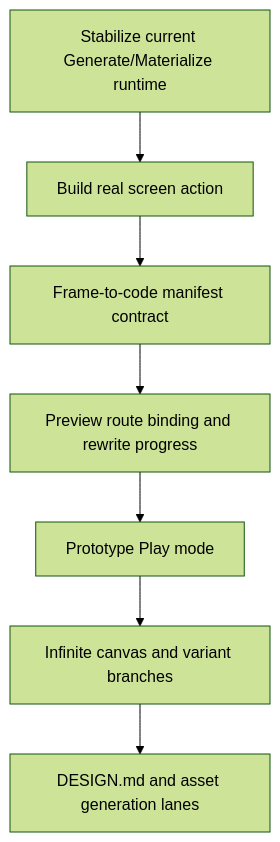
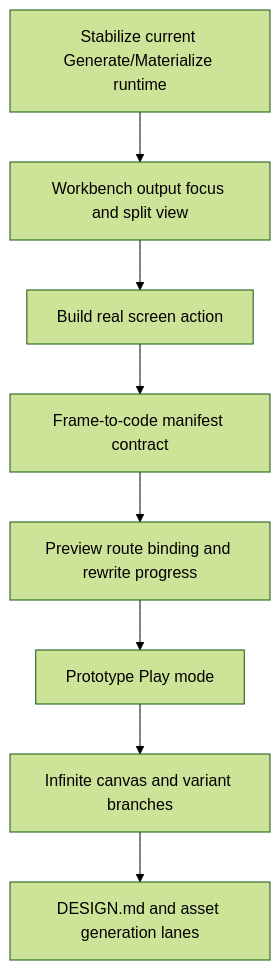
Before and after one commit to varshneydevansh/Canvax: the fourth of 4 diagrams in docs/STITCH_GAP_ROADMAP.md, drawn with Mermaid (forest theme). The commit also changed other lines of this file and 4 other files, not shown here.

Commit message:
style: align Advanced mode with Workbench

````diff
--- a/docs/STITCH_GAP_ROADMAP.md
+++ b/docs/STITCH_GAP_ROADMAP.md
@@ -407,9 +440,10 @@
 ```mermaid
 flowchart TD
-    A[Stabilize current Generate/Materialize runtime] --> B[Build real screen action]
-    B --> C[Frame-to-code manifest contract]
-    C --> D[Preview route binding and rewrite progress]
-    D --> E[Prototype Play mode]
-    E --> F[Infinite canvas and variant branches]
-    F --> G[DESIGN.md and asset generation lanes]
+    A[Stabilize current Generate/Materialize runtime] --> B[Workbench output focus and split view]
+    B --> C[Build real screen action]
+    C --> D[Frame-to-code manifest contract]
+    D --> E[Preview route binding and rewrite progress]
+    E --> F[Prototype Play mode]
+    F --> G[Infinite canvas and variant branches]
+    G --> H[DESIGN.md and asset generation lanes]
 ```
````
